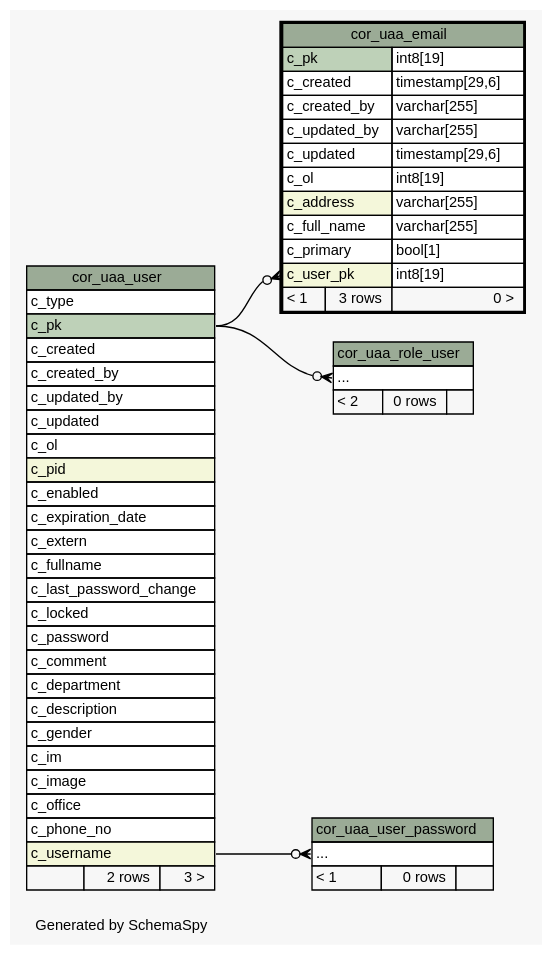
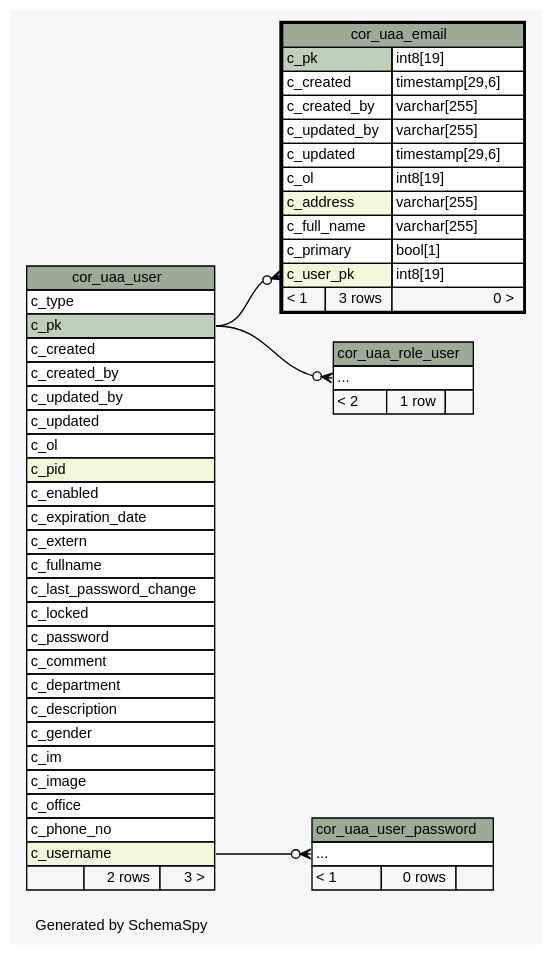
One commit to openwms/org.openwms.core.uaa changed the diagram in 2.0.0-SNAPSHOT/schemaspy/diagrams/cor_uaa_email.2degrees.dot. Above: the diagram before and after it, drawn with Graphviz. The commit also changed 237 other files, not shown here.

```diff
--- a/2.0.0-SNAPSHOT/schemaspy/diagrams/cor_uaa_email.2degrees.dot
+++ b/2.0.0-SNAPSHOT/schemaspy/diagrams/cor_uaa_email.2degrees.dot
@@ -1,97 +1,97 @@
-// dot 2.43.0 on Linux 5.15.0-1033-azure
+// dot 2.43.0 on Linux 5.15.0-1037-azure
 // SchemaSpy rev Unknown
 digraph "twoDegreesRelationshipsDiagram" {
   graph [
     rankdir="RL"
     bgcolor="#f7f7f7"
     label="\nGenerated by SchemaSpy"
     labeljust="l"
     nodesep="0.18"
     ranksep="0.46"
     fontname="Helvetica"
     fontsize="11"
   ];
   node [
     fontname="Helvetica"
     fontsize="11"
     shape="plaintext"
   ];
   edge [
     arrowsize="0.8"
   ];
   "cor_uaa_email":"c_user_pk":w -> "cor_uaa_user":"c_pk":e [arrowhead=none dir=back arrowtail=crowodot];
   "cor_uaa_role_user":"elipses":w -> "cor_uaa_user":"c_pk":e [arrowhead=none dir=back arrowtail=crowodot];
   "cor_uaa_user_password":"elipses":w -> "cor_uaa_user":"c_username":e [arrowhead=none dir=back arrowtail=crowodot];
   "cor_uaa_email" [
     label=<
     <TABLE BORDER="2" CELLBORDER="1" CELLSPACING="0" BGCOLOR="#ffffff">
       <TR><TD COLSPAN="3" BGCOLOR="#9bab96" ALIGN="CENTER">cor_uaa_email</TD></TR>
       <TR><TD PORT="c_pk" COLSPAN="2" BGCOLOR="#bed1b8" ALIGN="LEFT">c_pk</TD><TD PORT="c_pk.type" ALIGN="LEFT">int8[19]</TD></TR>
       <TR><TD PORT="c_created" COLSPAN="2" ALIGN="LEFT">c_created</TD><TD PORT="c_created.type" ALIGN="LEFT">timestamp[29,6]</TD></TR>
       <TR><TD PORT="c_created_by" COLSPAN="2" ALIGN="LEFT">c_created_by</TD><TD PORT="c_created_by.type" ALIGN="LEFT">varchar[255]</TD></TR>
       <TR><TD PORT="c_updated_by" COLSPAN="2" ALIGN="LEFT">c_updated_by</TD><TD PORT="c_updated_by.type" ALIGN="LEFT">varchar[255]</TD></TR>
       <TR><TD PORT="c_updated" COLSPAN="2" ALIGN="LEFT">c_updated</TD><TD PORT="c_updated.type" ALIGN="LEFT">timestamp[29,6]</TD></TR>
       <TR><TD PORT="c_ol" COLSPAN="2" ALIGN="LEFT">c_ol</TD><TD PORT="c_ol.type" ALIGN="LEFT">int8[19]</TD></TR>
       <TR><TD PORT="c_address" COLSPAN="2" BGCOLOR="#f4f7da" ALIGN="LEFT">c_address</TD><TD PORT="c_address.type" ALIGN="LEFT">varchar[255]</TD></TR>
       <TR><TD PORT="c_full_name" COLSPAN="2" ALIGN="LEFT">c_full_name</TD><TD PORT="c_full_name.type" ALIGN="LEFT">varchar[255]</TD></TR>
       <TR><TD PORT="c_primary" COLSPAN="2" ALIGN="LEFT">c_primary</TD><TD PORT="c_primary.type" ALIGN="LEFT">bool[1]</TD></TR>
       <TR><TD PORT="c_user_pk" COLSPAN="2" BGCOLOR="#f4f7da" ALIGN="LEFT">c_user_pk</TD><TD PORT="c_user_pk.type" ALIGN="LEFT">int8[19]</TD></TR>
       <TR><TD ALIGN="LEFT" BGCOLOR="#f7f7f7">&lt; 1</TD><TD ALIGN="RIGHT" BGCOLOR="#f7f7f7">3 rows</TD><TD ALIGN="RIGHT" BGCOLOR="#f7f7f7">0 &gt;</TD></TR>
     </TABLE>>
     URL="cor_uaa_email.html"
     tooltip="cor_uaa_email"
   ];
   "cor_uaa_role_user" [
     label=<
     <TABLE BORDER="0" CELLBORDER="1" CELLSPACING="0" BGCOLOR="#ffffff">
       <TR><TD COLSPAN="3" BGCOLOR="#9bab96" ALIGN="CENTER">cor_uaa_role_user</TD></TR>
       <TR><TD PORT="elipses" COLSPAN="3" ALIGN="LEFT">...</TD></TR>
-      <TR><TD ALIGN="LEFT" BGCOLOR="#f7f7f7">&lt; 2</TD><TD ALIGN="RIGHT" BGCOLOR="#f7f7f7">0 rows</TD><TD ALIGN="RIGHT" BGCOLOR="#f7f7f7">  </TD></TR>
+      <TR><TD ALIGN="LEFT" BGCOLOR="#f7f7f7">&lt; 2</TD><TD ALIGN="RIGHT" BGCOLOR="#f7f7f7">1 row</TD><TD ALIGN="RIGHT" BGCOLOR="#f7f7f7">  </TD></TR>
     </TABLE>>
     URL="cor_uaa_role_user.html"
     tooltip="cor_uaa_role_user"
   ];
   "cor_uaa_user" [
     label=<
     <TABLE BORDER="0" CELLBORDER="1" CELLSPACING="0" BGCOLOR="#ffffff">
       <TR><TD COLSPAN="3" BGCOLOR="#9bab96" ALIGN="CENTER">cor_uaa_user</TD></TR>
       <TR><TD PORT="c_type" COLSPAN="3" ALIGN="LEFT">c_type</TD></TR>
       <TR><TD PORT="c_pk" COLSPAN="3" BGCOLOR="#bed1b8" ALIGN="LEFT">c_pk</TD></TR>
       <TR><TD PORT="c_created" COLSPAN="3" ALIGN="LEFT">c_created</TD></TR>
       <TR><TD PORT="c_created_by" COLSPAN="3" ALIGN="LEFT">c_created_by</TD></TR>
       <TR><TD PORT="c_updated_by" COLSPAN="3" ALIGN="LEFT">c_updated_by</TD></TR>
       <TR><TD PORT="c_updated" COLSPAN="3" ALIGN="LEFT">c_updated</TD></TR>
       <TR><TD PORT="c_ol" COLSPAN="3" ALIGN="LEFT">c_ol</TD></TR>
       <TR><TD PORT="c_pid" COLSPAN="3" BGCOLOR="#f4f7da" ALIGN="LEFT">c_pid</TD></TR>
       <TR><TD PORT="c_enabled" COLSPAN="3" ALIGN="LEFT">c_enabled</TD></TR>
       <TR><TD PORT="c_expiration_date" COLSPAN="3" ALIGN="LEFT">c_expiration_date</TD></TR>
       <TR><TD PORT="c_extern" COLSPAN="3" ALIGN="LEFT">c_extern</TD></TR>
       <TR><TD PORT="c_fullname" COLSPAN="3" ALIGN="LEFT">c_fullname</TD></TR>
       <TR><TD PORT="c_last_password_change" COLSPAN="3" ALIGN="LEFT">c_last_password_change</TD></TR>
       <TR><TD PORT="c_locked" COLSPAN="3" ALIGN="LEFT">c_locked</TD></TR>
       <TR><TD PORT="c_password" COLSPAN="3" ALIGN="LEFT">c_password</TD></TR>
       <TR><TD PORT="c_comment" COLSPAN="3" ALIGN="LEFT">c_comment</TD></TR>
       <TR><TD PORT="c_department" COLSPAN="3" ALIGN="LEFT">c_department</TD></TR>
       <TR><TD PORT="c_description" COLSPAN="3" ALIGN="LEFT">c_description</TD></TR>
       <TR><TD PORT="c_gender" COLSPAN="3" ALIGN="LEFT">c_gender</TD></TR>
       <TR><TD PORT="c_im" COLSPAN="3" ALIGN="LEFT">c_im</TD></TR>
       <TR><TD PORT="c_image" COLSPAN="3" ALIGN="LEFT">c_image</TD></TR>
       <TR><TD PORT="c_office" COLSPAN="3" ALIGN="LEFT">c_office</TD></TR>
       <TR><TD PORT="c_phone_no" COLSPAN="3" ALIGN="LEFT">c_phone_no</TD></TR>
       <TR><TD PORT="c_username" COLSPAN="3" BGCOLOR="#f4f7da" ALIGN="LEFT">c_username</TD></TR>
       <TR><TD ALIGN="LEFT" BGCOLOR="#f7f7f7">  </TD><TD ALIGN="RIGHT" BGCOLOR="#f7f7f7">2 rows</TD><TD ALIGN="RIGHT" BGCOLOR="#f7f7f7">3 &gt;</TD></TR>
     </TABLE>>
     URL="cor_uaa_user.html"
     tooltip="cor_uaa_user"
   ];
   "cor_uaa_user_password" [
     label=<
     <TABLE BORDER="0" CELLBORDER="1" CELLSPACING="0" BGCOLOR="#ffffff">
       <TR><TD COLSPAN="3" BGCOLOR="#9bab96" ALIGN="CENTER">cor_uaa_user_password</TD></TR>
       <TR><TD PORT="elipses" COLSPAN="3" ALIGN="LEFT">...</TD></TR>
       <TR><TD ALIGN="LEFT" BGCOLOR="#f7f7f7">&lt; 1</TD><TD ALIGN="RIGHT" BGCOLOR="#f7f7f7">0 rows</TD><TD ALIGN="RIGHT" BGCOLOR="#f7f7f7">  </TD></TR>
     </TABLE>>
     URL="cor_uaa_user_password.html"
     tooltip="cor_uaa_user_password"
   ];
 }
```
